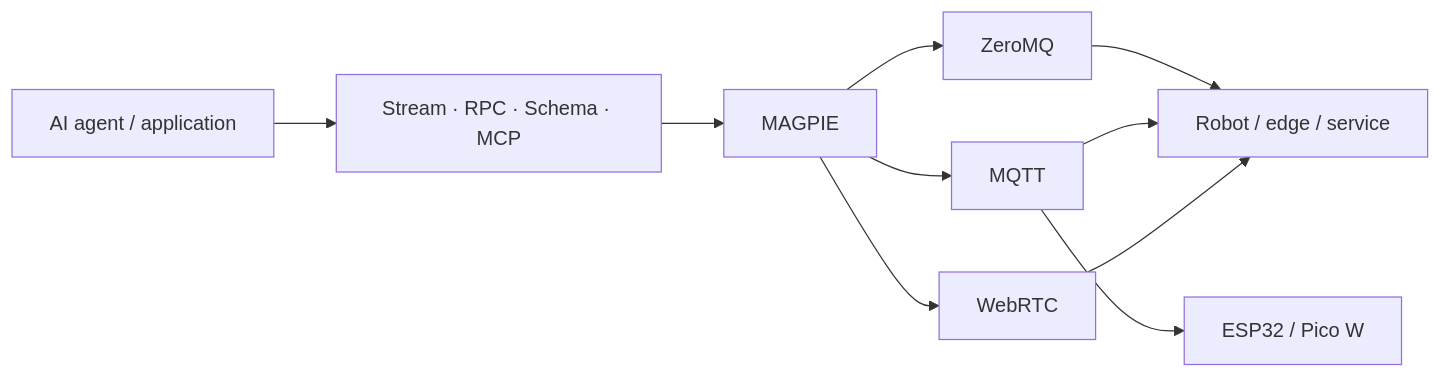
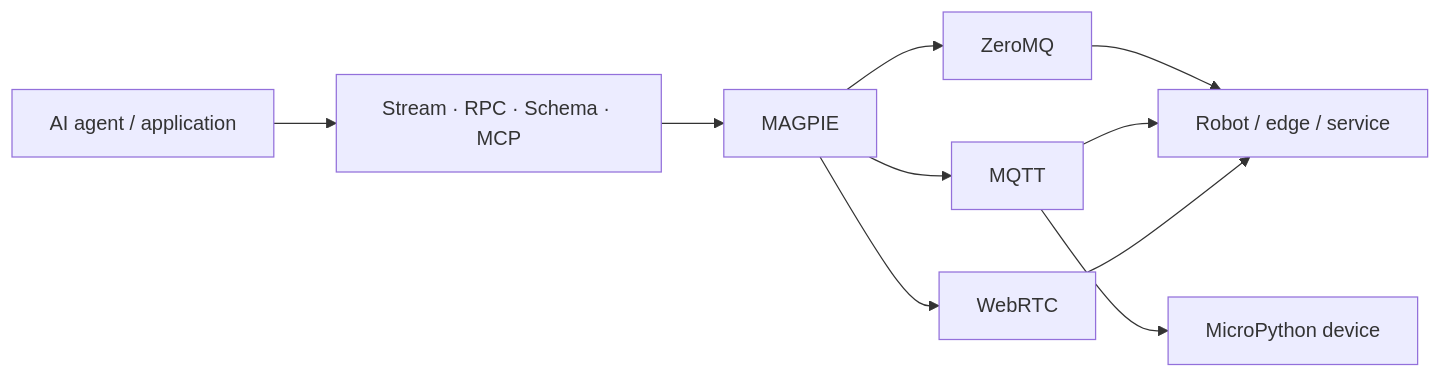
One commit to luxai-qtrobot/magpie-doc changed the diagram in docs/overview.mdx. Above: the diagram before and after it, drawn with Mermaid. The commit also changed other lines of this file and 14 other files, not shown here.

````diff
--- a/docs/overview.mdx
+++ b/docs/overview.mdx
@@ -20,12 +20,12 @@
 ```mermaid
 flowchart LR
     I[AI agent / application] --> API[Stream · RPC · Schema · MCP]
     API --> M[MAGPIE]
     M --> Z[ZeroMQ]
     M --> Q[MQTT]
     M --> W[WebRTC]
     Z --> E[Robot / edge / service]
     Q --> E
     W --> E
-    Q --> U[ESP32 / Pico W]
+    Q --> U[MicroPython device]
 ```
````
